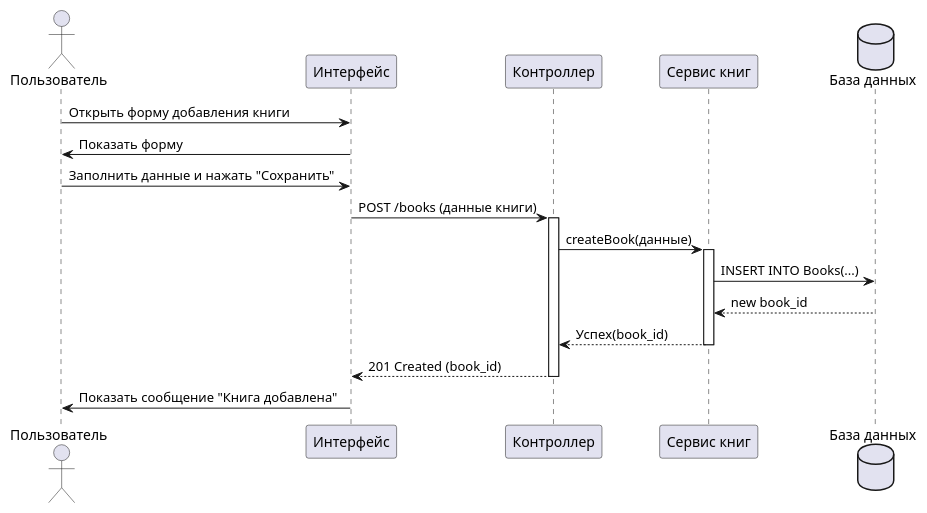
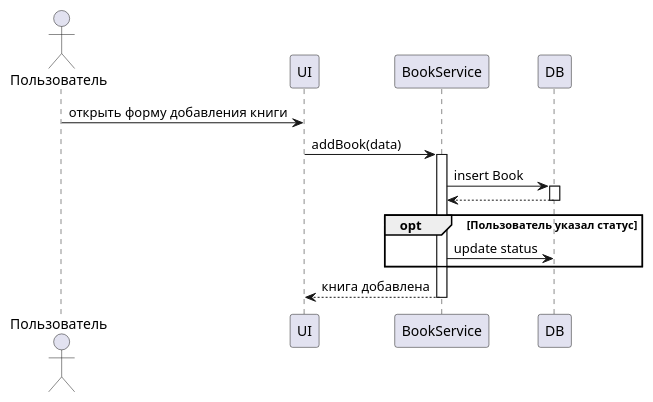
One commit to darkssss-web/Read-Tracker changed the diagram in docs/behavior/sequence/add_book_sequence.puml. Above: the diagram before and after it, drawn with PlantUML.

```diff
--- a/docs/behavior/sequence/add_book_sequence.puml
+++ b/docs/behavior/sequence/add_book_sequence.puml
@@ -1,30 +1,22 @@
-@startuml Добавление_Книги
+@startuml
+actor Пользователь
+participant UI
+participant "BookService" as Service
+participant DB
 
-actor "Пользователь" as User
-participant "Интерфейс" as UI
-participant "Контроллер" as Controller
-participant "Сервис книг" as BookService
-database "База данных" as DB
+Пользователь -> UI : открыть форму добавления книги
+UI -> Service : addBook(data)
+activate Service
 
-User -> UI : Открыть форму добавления книги
-UI -> User : Показать форму
+Service -> DB : insert Book
+activate DB
+DB --> Service
+deactivate DB
 
-User -> UI : Заполнить данные и нажать "Сохранить"
-UI -> Controller : POST /books (данные книги)
-activate Controller
+opt Пользователь указал статус
+  Service -> DB : update status
+end
 
-Controller -> BookService : createBook(данные)
-activate BookService
-
-BookService -> DB : INSERT INTO Books(...)
-DB --> BookService : new book_id
-
-BookService --> Controller : Успех(book_id)
-deactivate BookService
-
-Controller --> UI : 201 Created (book_id)
-deactivate Controller
-
-UI -> User : Показать сообщение "Книга добавлена"
-
+Service --> UI : книга добавлена
+deactivate Service
 @enduml
```
